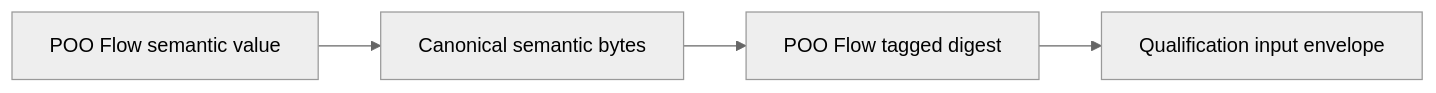
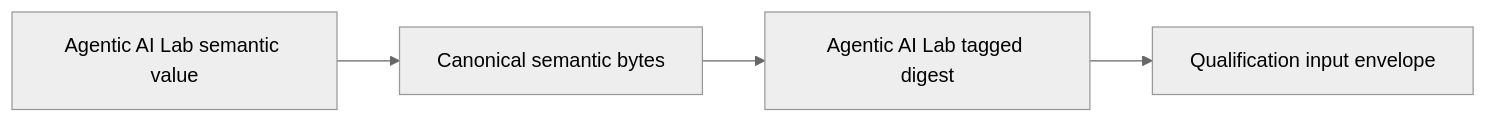
One commit to tao3k/gebril-yuanxu changed the fourth of 15 diagrams in module-system/design/45-00-mix-profile-rfc-archive.org. Above: the diagram before and after it, drawn with Mermaid (neutral theme). The commit also changed other lines of this file and 507 other files, not shown here.

```diff
--- a/module-system/design/45-00-mix-profile-rfc-archive.org
+++ b/module-system/design/45-00-mix-profile-rfc-archive.org
@@ -331,9 +331,9 @@
 #+begin_src mermaid
 flowchart LR
-  PV["POO Flow semantic value"]
+  PV["Agentic AI Lab semantic value"]
   CB["Canonical semantic bytes"]
-  PD["POO Flow tagged digest"]
+  PD["Agentic AI Lab tagged digest"]
   Q["Qualification input envelope"]
 
   PV --> CB --> PD --> Q
 #+end_src
```
